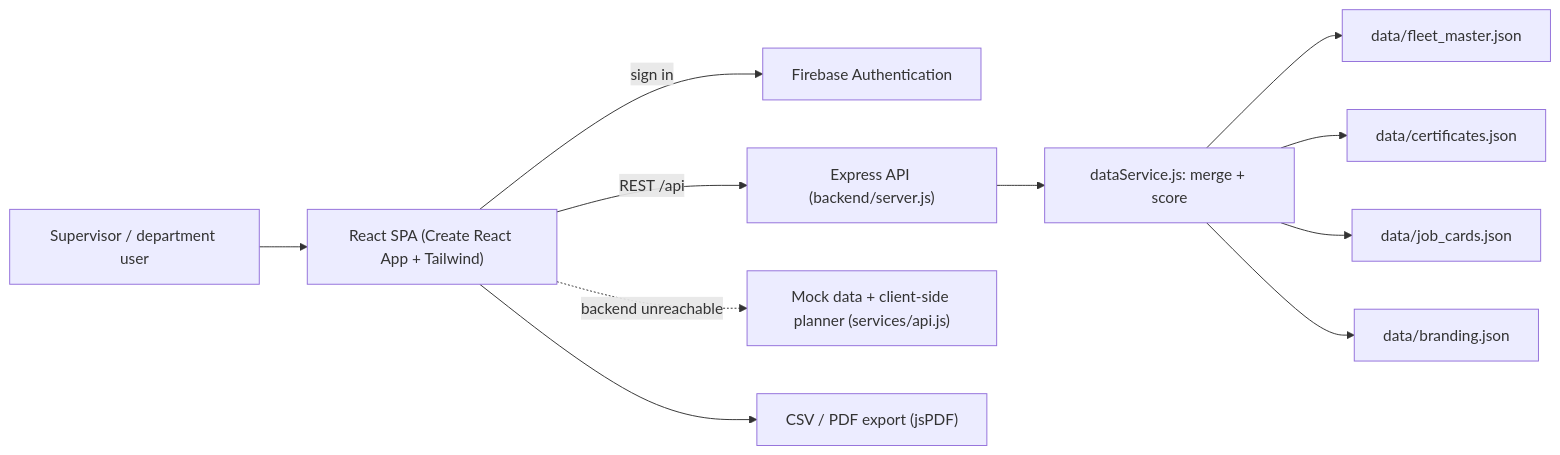
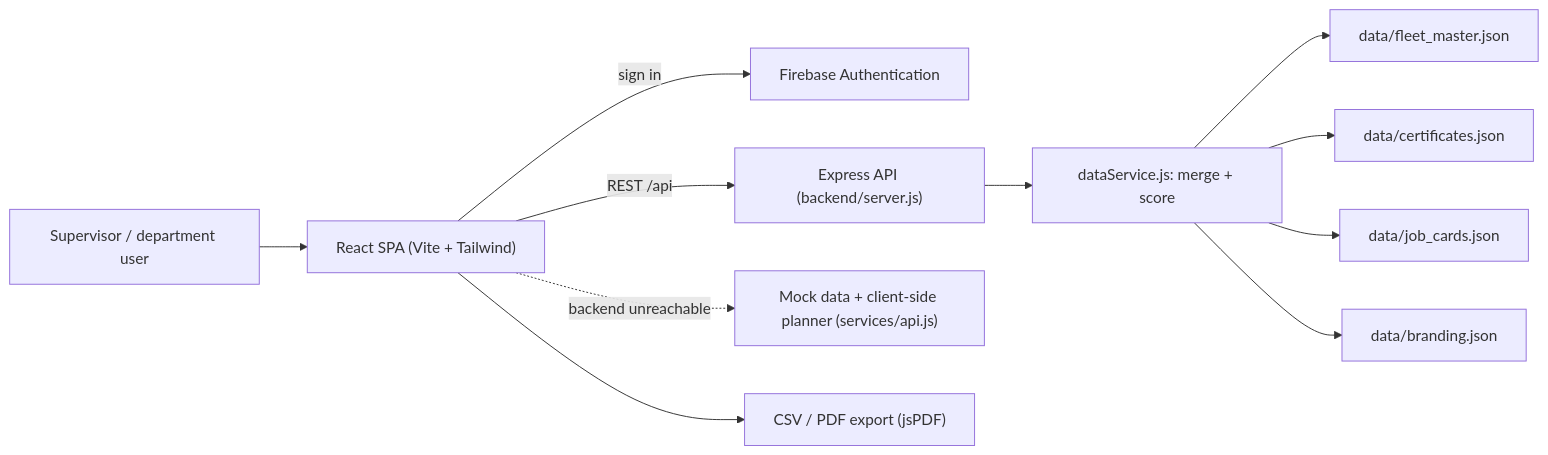
The diagram in README.md (suriyaprakash-25/SIH), drawn with Mermaid before and after one commit. The commit also changed other lines of this file and 25 other files, not shown here.

First line of the commit message:
build(frontend): migrate from Create React App to Vite

````diff
--- a/README.md
+++ b/README.md
@@ -28,13 +28,13 @@
 ```mermaid
 flowchart LR
-    U["Supervisor / department user"] --> FE["React SPA (Create React App + Tailwind)"]
+    U["Supervisor / department user"] --> FE["React SPA (Vite + Tailwind)"]
     FE -->|"sign in"| FA["Firebase Authentication"]
     FE -->|"REST /api"| BE["Express API (backend/server.js)"]
     BE --> DS["dataService.js: merge + score"]
     DS --> J1["data/fleet_master.json"]
     DS --> J2["data/certificates.json"]
     DS --> J3["data/job_cards.json"]
     DS --> J4["data/branding.json"]
     FE -.->|"backend unreachable"| MOCK["Mock data + client-side planner (services/api.js)"]
     FE --> PDF["CSV / PDF export (jsPDF)"]
 ```
````
